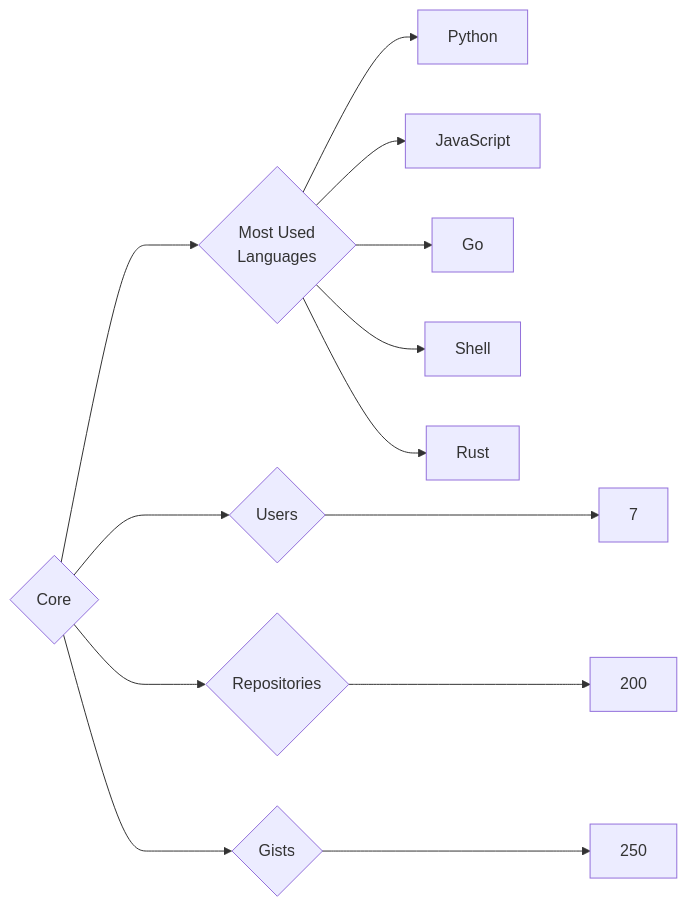
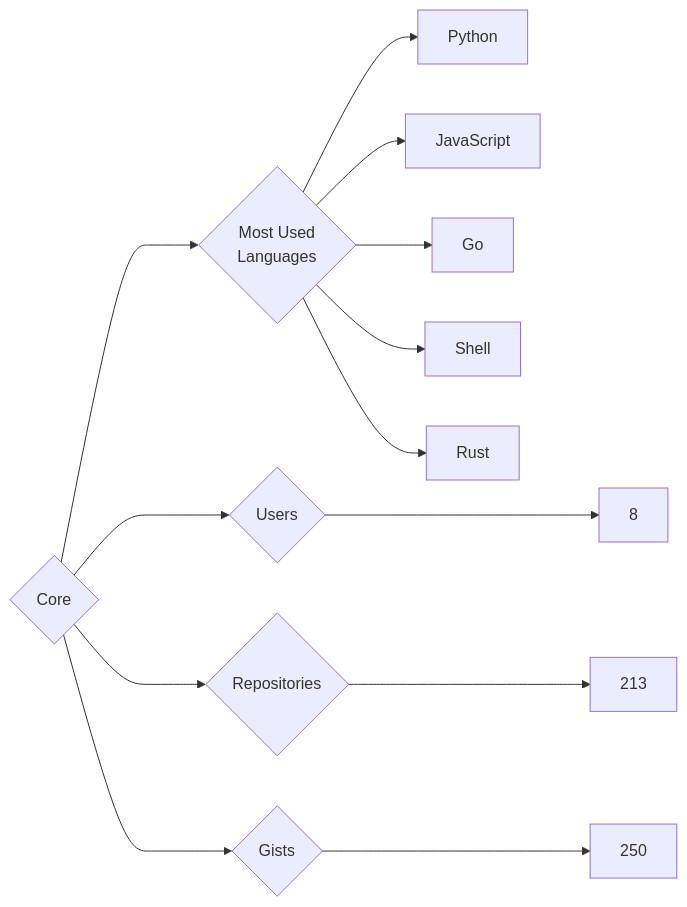
Before and after one commit to trickest/insiders: the diagram in targets/Core/README.md, drawn with Mermaid. The commit also changed 1030 other files, not shown here.

````diff
--- a/targets/Core/README.md
+++ b/targets/Core/README.md
@@ -3,13 +3,13 @@
 ```mermaid
 graph LR
 COMPANY_NAME{Core}
-COMPANY_NAME ---> U{Users} ---> UN[7]
-COMPANY_NAME ---> R{Repositories} ---> RN[200]
+COMPANY_NAME ---> U{Users} ---> UN[8]
+COMPANY_NAME ---> R{Repositories} ---> RN[213]
 COMPANY_NAME ---> G{Gists} ---> GN[250]
 COMPANY_NAME ---> ML{Most Used<br>Languages}
 ML --> Python[Python]
 ML --> JavaScript[JavaScript]
 ML --> Go[Go]
 ML --> Shell[Shell]
 ML --> Rust[Rust]
 ```
````
